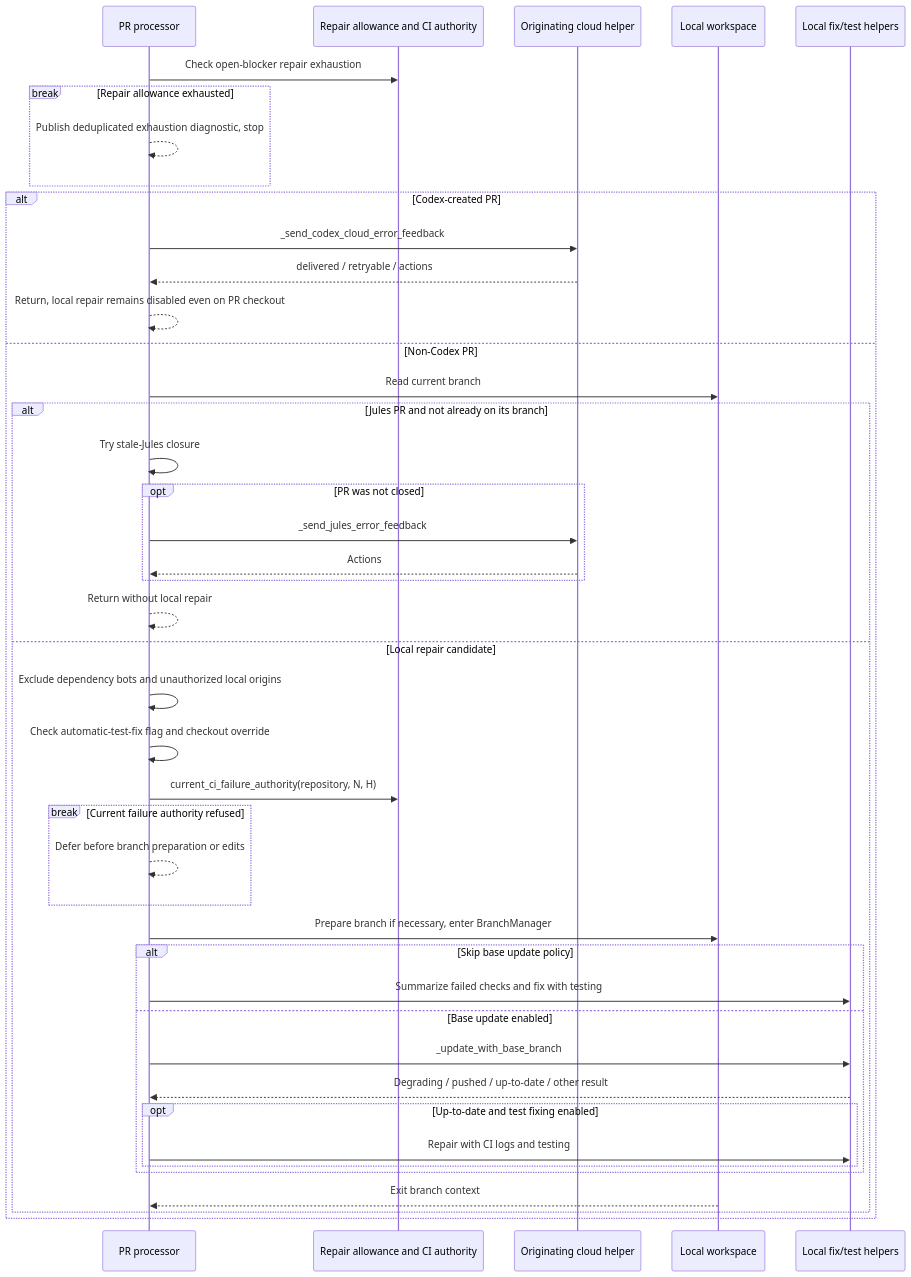
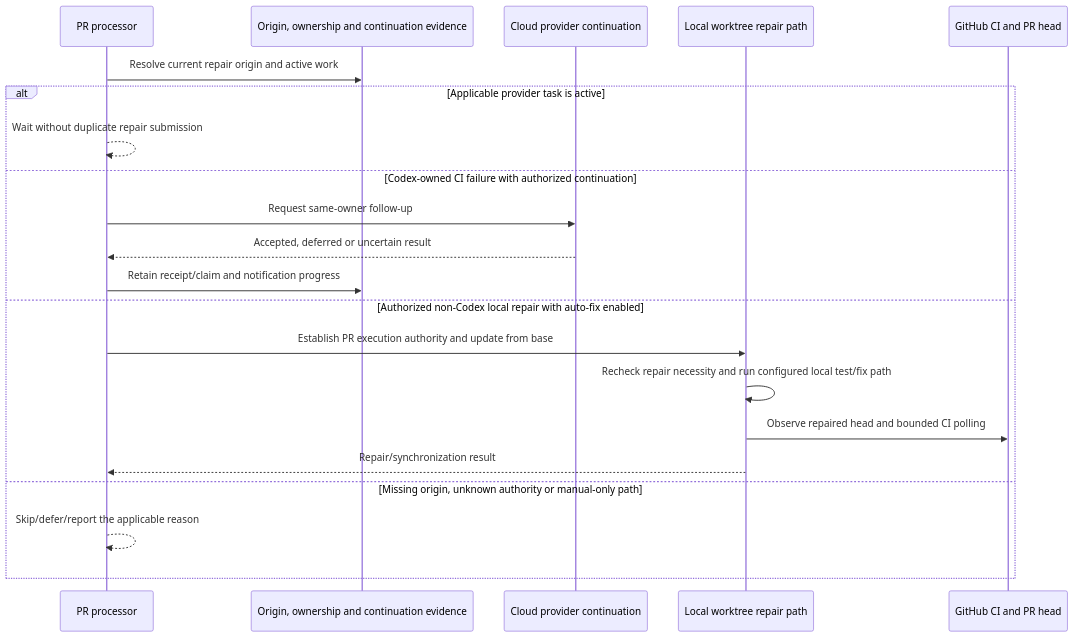
Before and after one commit to kitamura-tetsuo/auto-coder: the second of 2 diagrams in docs/architecture/as-is/pr-ci-and-repair.md, drawn with Mermaid. The commit also changed other lines of this file and 14 other files, not shown here.

First line of the commit message:
docs: refresh as-is sequences and map refactoring boundaries

````diff
--- a/docs/architecture/as-is/pr-ci-and-repair.md
+++ b/docs/architecture/as-is/pr-ci-and-repair.md
@@ -119,45 +50,23 @@
 ```mermaid
 sequenceDiagram
     participant P as PR processor
-    participant A as Repair allowance and CI authority
-    participant X as Originating cloud helper
-    participant W as Local workspace
-    participant F as Local fix/test helpers
-    P->>A: Check open-blocker repair exhaustion
-    break Repair allowance exhausted
-        P-->>P: Publish deduplicated exhaustion diagnostic, stop
-    end
-    alt Codex-created PR
-        P->>X: _send_codex_cloud_error_feedback
-        X-->>P: delivered / retryable / actions
-        P-->>P: Return, local repair remains disabled even on PR checkout
-    else Non-Codex PR
-        P->>W: Read current branch
-        alt Jules PR and not already on its branch
-            P->>P: Try stale-Jules closure
-            opt PR was not closed
-                P->>X: _send_jules_error_feedback
-                X-->>P: Actions
-            end
-            P-->>P: Return without local repair
-        else Local repair candidate
-            P->>P: Exclude dependency bots and unauthorized local origins
-            P->>P: Check automatic-test-fix flag and checkout override
-            P->>A: current_ci_failure_authority(repository, N, H)
-            break Current failure authority refused
-                P-->>P: Defer before branch preparation or edits
-            end
-            P->>W: Prepare branch if necessary, enter BranchManager
-            alt Skip base update policy
-                P->>F: Summarize failed checks and fix with testing
-            else Base update enabled
-                P->>F: _update_with_base_branch
-                F-->>P: Degrading / pushed / up-to-date / other result
-                opt Up-to-date and test fixing enabled
-                    P->>F: Repair with CI logs and testing
-                end
-            end
-            W-->>P: Exit branch context
-        end
+    participant O as Origin, ownership and continuation evidence
+    participant C as Cloud provider continuation
+    participant L as Local worktree repair path
+    participant G as GitHub CI and PR head
+    P->>O: Resolve current repair origin and active work
+    alt Applicable provider task is active
+        P-->>P: Wait without duplicate repair submission
+    else Codex-owned CI failure with authorized continuation
+        P->>C: Request same-owner follow-up
+        C-->>P: Accepted, deferred or uncertain result
+        P->>O: Retain receipt/claim and notification progress
+    else Authorized non-Codex local repair with auto-fix enabled
+        P->>L: Establish PR execution authority and update from base
+        L->>L: Recheck repair necessity and run configured local test/fix path
+        L->>G: Observe repaired head and bounded CI polling
+        L-->>P: Repair/synchronization result
+    else Missing origin, unknown authority or manual-only path
+        P-->>P: Skip/defer/report the applicable reason
     end
 ```
````
